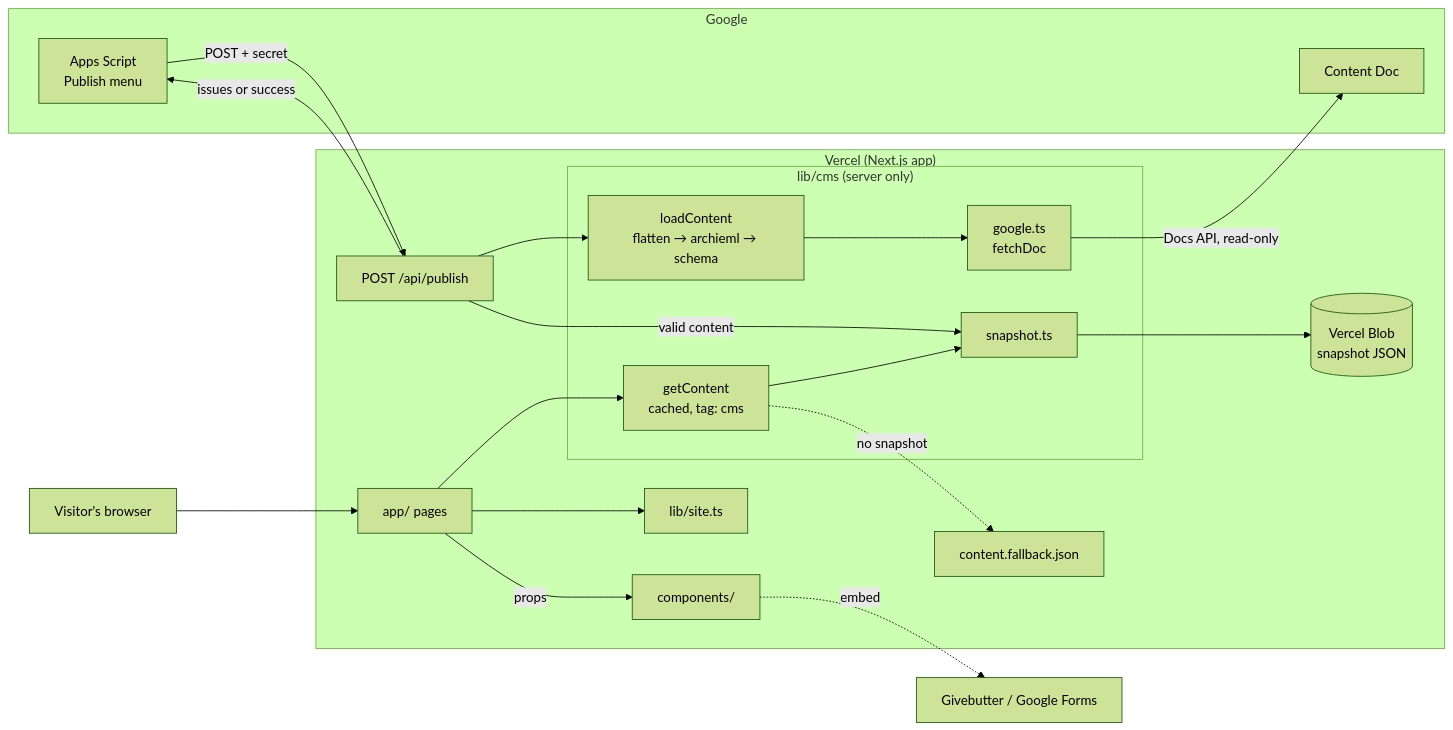
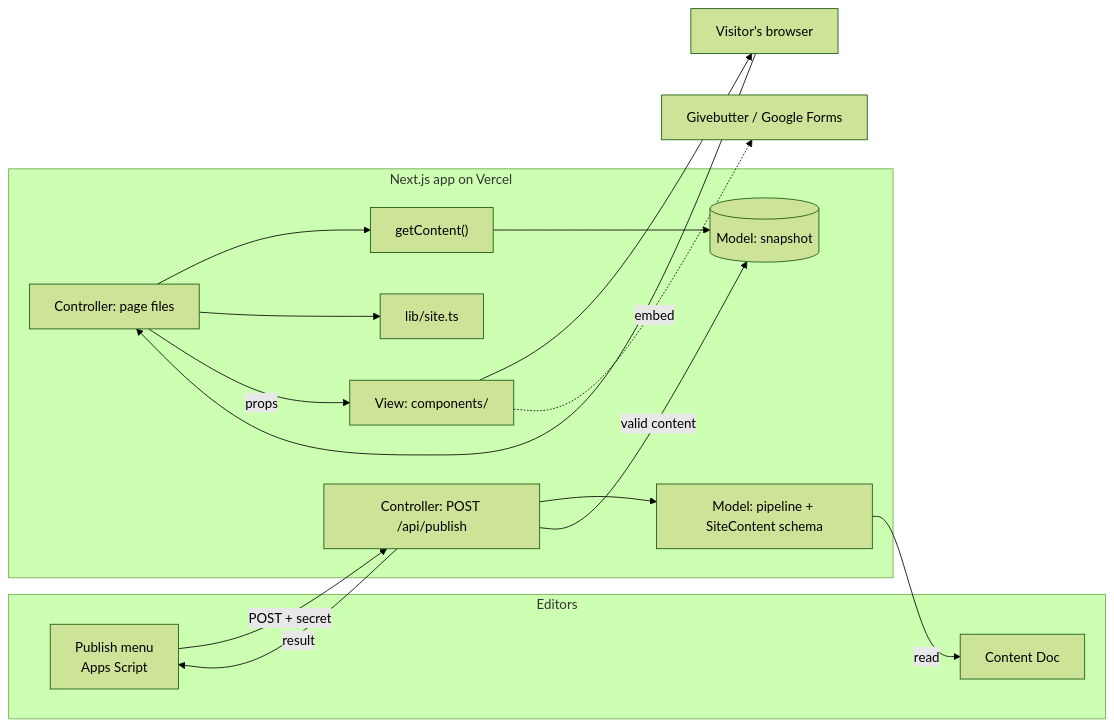
The third of 3 diagrams in docs/architecture.md (joomee320/ric-website), drawn with Mermaid (forest theme) before and after one commit. The commit also changed other lines of this file and 36 other files, not shown here.

First line of the commit message:
Reorganise architecture around MVC; components in role folders

````diff
--- a/docs/architecture.md
+++ b/docs/architecture.md
@@ -43,37 +129,26 @@
 ```mermaid
 flowchart LR
-  subgraph Google
+  subgraph Editors
     DOC[Content Doc]
-    AS[Apps Script<br/>Publish menu]
+    AS[Publish menu<br/>Apps Script]
   end
-  subgraph "Vercel (Next.js app)"
-    API[POST /api/publish]
-    subgraph "lib/cms (server only)"
-      FETCH[google.ts<br/>fetchDoc]
-      PIPE[loadContent<br/>flatten → archieml → schema]
-      SNAP[snapshot.ts]
-      GET[getContent<br/>cached, tag: cms]
-    end
-    BLOB[(Vercel Blob<br/>snapshot JSON)]
-    FB[content.fallback.json]
-    PAGES[app/ pages]
-    UI[components/]
-    SITE[lib/site.ts]
+  subgraph "Next.js app on Vercel"
+    API["Controller: POST /api/publish"]
+    PIPE["Model: pipeline + SiteContent schema"]
+    STORE[("Model: snapshot")]
+    GET["getContent()"]
+    PAGES["Controller: page files"]
+    VIEW["View: components/"]
+    SITE["lib/site.ts"]
   end
+  V[Visitor's browser]
   EXT[Givebutter / Google Forms]
-  V[Visitor's browser]
 
-  AS -- "POST + secret" --> API
-  API --> PIPE
-  PIPE --> FETCH
-  FETCH -- "Docs API, read-only" --> DOC
-  API -- "valid content" --> SNAP --> BLOB
-  API -- "issues or success" --> AS
-  V --> PAGES
-  PAGES --> GET
-  GET --> SNAP
-  GET -. "no snapshot" .-> FB
+  AS -->|POST + secret| API --> PIPE -->|read| DOC
+  API -->|valid content| STORE
+  API -->|result| AS
+  V --> PAGES --> GET --> STORE
   PAGES --> SITE
-  PAGES -- "props" --> UI
-  UI -. "embed" .-> EXT
+  PAGES -->|props| VIEW --> V
+  VIEW -. embed .-> EXT
 ```
````
